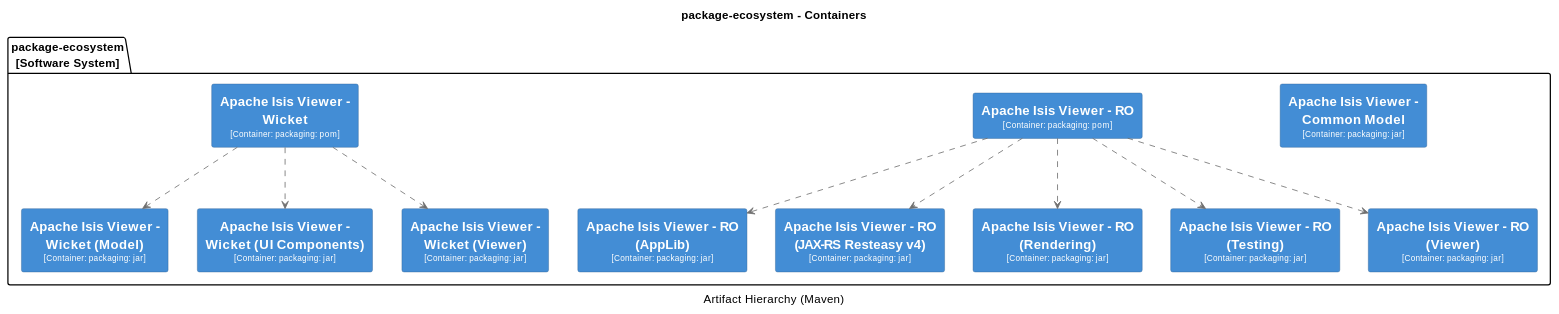
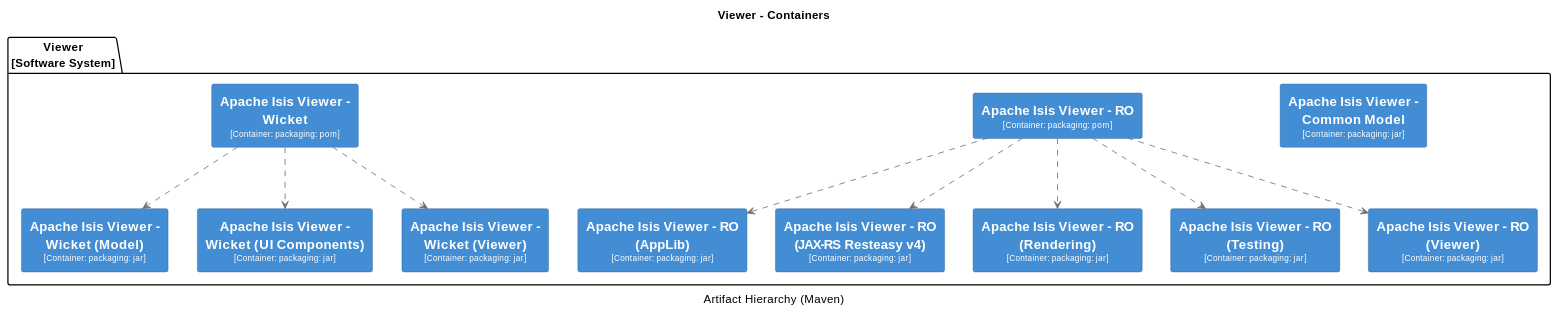
One commit to apache/causeway changed the tenth of 18 diagrams in antora/components/system/modules/ROOT/pages/system-overview.adoc. Above: the diagram before and after it, drawn with PlantUML. The commit also changed other lines of this file and 1 other file, not shown here.

Commit message:
ISIS-2473: system overview: more meaningful diagram titles

```diff
--- a/antora/components/system/modules/ROOT/pages/system-overview.adoc
+++ b/antora/components/system/modules/ROOT/pages/system-overview.adoc
@@ -1905,7 +1905,7 @@
 [plantuml,Viewer,svg]
 ----
 @startuml(id=Viewer)
-title package-ecosystem - Containers
+title Viewer - Containers
 caption Artifact Hierarchy (Maven)
 
 skinparam {
@@ -1971,7 +1971,7 @@
   FontColor #fffffe
   BorderColor #2E6295
 }
-package "package-ecosystem\n[Software System]" {
+package "Viewer\n[Software System]" {
   rectangle "==Apache Isis Viewer - Common Model\n<size:10>[Container: packaging: jar]</size>" <<2>> as 2
   rectangle "==Apache Isis Viewer - RO\n<size:10>[Container: packaging: pom]</size>" <<3>> as 3
   rectangle "==Apache Isis Viewer - RO (AppLib)\n<size:10>[Container: packaging: jar]</size>" <<4>> as 4
```
